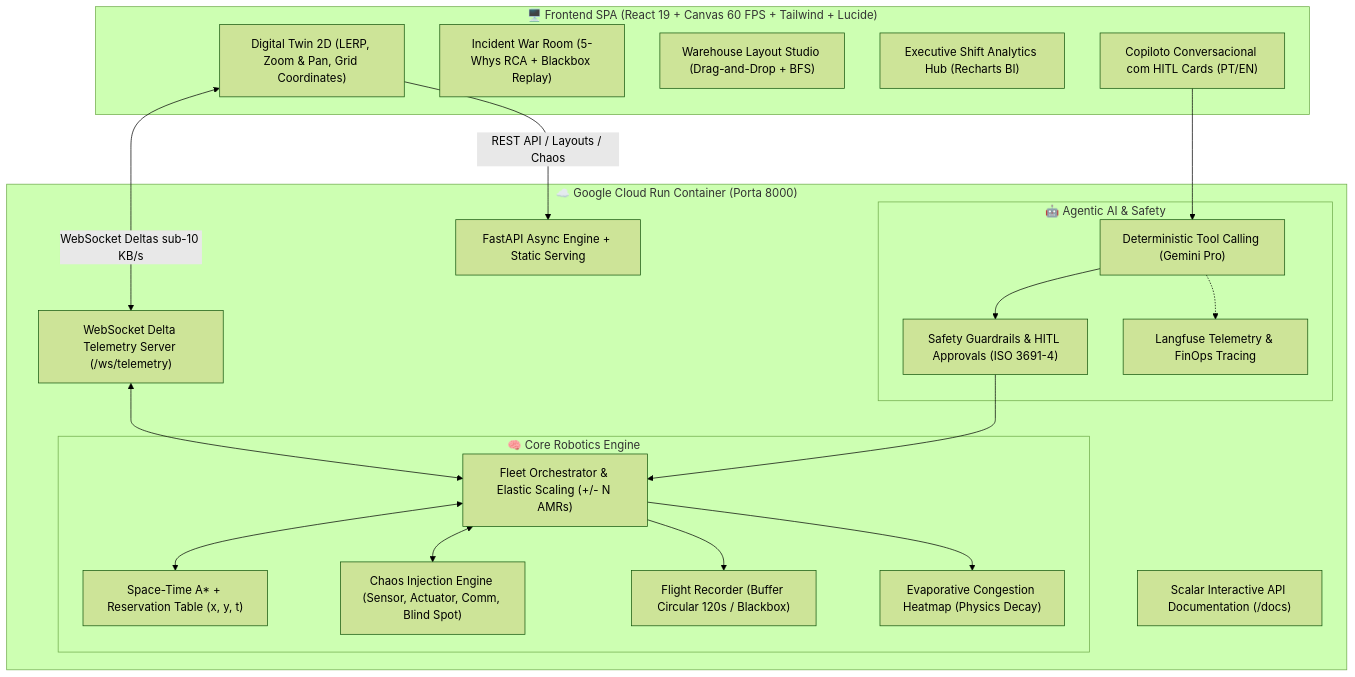
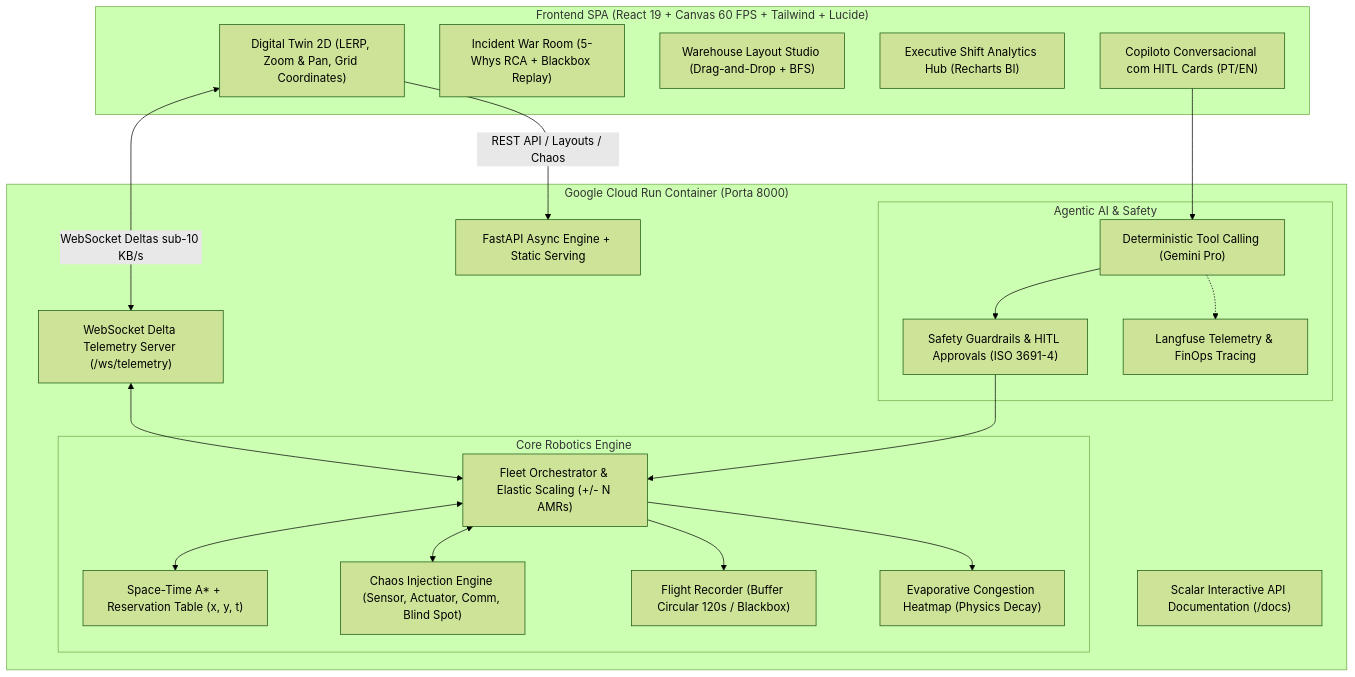
Before and after one commit to henriquebotelhogomes/warehouse_routing: the diagram in README.md, drawn with Mermaid (forest theme). The commit also changed other lines of this file, not shown here.

````diff
--- a/README.md
+++ b/README.md
@@ -55,42 +55,42 @@
 ```mermaid
 graph TB
-    subgraph Browser ["🖥️ Frontend SPA (React 19 + Canvas 60 FPS + Tailwind + Lucide)"]
+    subgraph Browser ["Frontend SPA (React 19 + Canvas 60 FPS + Tailwind + Lucide)"]
         Canvas["Digital Twin 2D (LERP, Zoom & Pan, Grid Coordinates)"]
         WarRoom["Incident War Room (5-Whys RCA + Blackbox Replay)"]
         Studio["Warehouse Layout Studio (Drag-and-Drop + BFS)"]
         Analytics["Executive Shift Analytics Hub (Recharts BI)"]
         Copilot["Copiloto Conversacional com HITL Cards (PT/EN)"]
     end
 
-    subgraph Container ["☁️ Google Cloud Run Container (Porta 8000)"]
+    subgraph Container ["Google Cloud Run Container (Porta 8000)"]
         FastAPI["FastAPI Async Engine + Static Serving"]
         Scalar["Scalar Interactive API Documentation (/docs)"]
         WSHub["WebSocket Delta Telemetry Server (/ws/telemetry)"]
         
-        subgraph CoreRobotics ["🧠 Core Robotics Engine"]
+        subgraph CoreRobotics ["Core Robotics Engine"]
             MAPF["Space-Time A* + Reservation Table (x, y, t)"]
             Fleet["Fleet Orchestrator & Elastic Scaling (+/- N AMRs)"]
             Chaos["Chaos Injection Engine (Sensor, Actuator, Comm, Blind Spot)"]
             FlightRec["Flight Recorder (Buffer Circular 120s / Blackbox)"]
             Heatmap["Evaporative Congestion Heatmap (Physics Decay)"]
         end
 
-        subgraph CopilotAgent ["🤖 Agentic AI & Safety"]
+        subgraph CopilotAgent ["Agentic AI & Safety"]
             Dispatcher["Deterministic Tool Calling (Gemini Pro)"]
             Guardrails["Safety Guardrails & HITL Approvals (ISO 3691-4)"]
             Tracer["Langfuse Telemetry & FinOps Tracing"]
         end
     end
 
     Canvas <-->|WebSocket Deltas sub-10 KB/s| WSHub
     Canvas -->|REST API / Layouts / Chaos| FastAPI
     WSHub <--> Fleet
     Fleet <--> MAPF
     Fleet --> FlightRec
     Fleet --> Heatmap
     Fleet <--> Chaos
     Copilot --> Dispatcher
     Dispatcher --> Guardrails
     Guardrails --> Fleet
     Dispatcher -.-> Tracer
 ```
````
